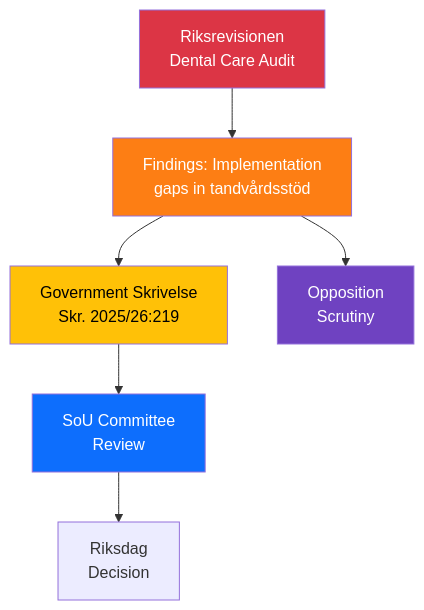
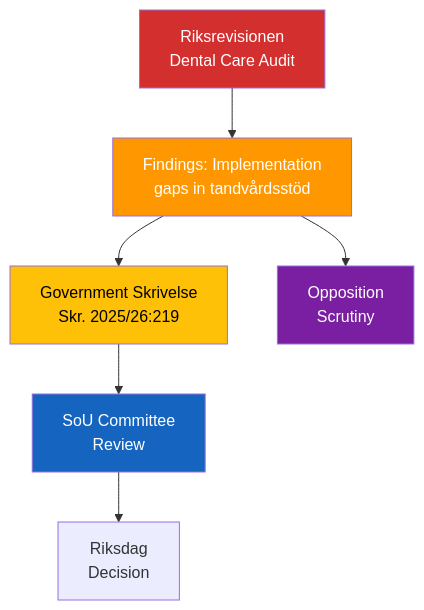
Before and after one commit to Hack23/riksdagsmonitor: the diagram in analysis/daily/2026-04-08/evening-analysis-2/documents/hd03219-analysis.md, drawn with Mermaid. The commit also changed 785 other files, not shown here.

First line of the commit message:
Normalize mermaid colors across 786 analysis artifacts to ISMS Style Guide palette

````diff
--- a/analysis/daily/2026-04-08/evening-analysis-2/documents/hd03219-analysis.md
+++ b/analysis/daily/2026-04-08/evening-analysis-2/documents/hd03219-analysis.md
@@ -20,14 +20,14 @@
 ```mermaid
 graph TD
     A["Riksrevisionen<br/>Dental Care Audit"] --> B["Findings: Implementation<br/>gaps in tandvårdsstöd"]
     B --> C["Government Skrivelse<br/>Skr. 2025/26:219"]
     C --> D["SoU Committee<br/>Review"]
     D --> E["Riksdag<br/>Decision"]
     B --> F["Opposition<br/>Scrutiny"]
 
-    style A fill:#dc3545,color:#fff
-    style B fill:#fd7e14,color:#fff
-    style C fill:#ffc107,color:#000
-    style D fill:#0d6efd,color:#fff
-    style F fill:#6f42c1,color:#fff
+    style A fill:#D32F2F,color:#FFFFFF
+    style B fill:#FF9800,color:#FFFFFF
+    style C fill:#FFC107,color:#000000
+    style D fill:#1565C0,color:#FFFFFF
+    style F fill:#7B1FA2,color:#FFFFFF
 ```
````
